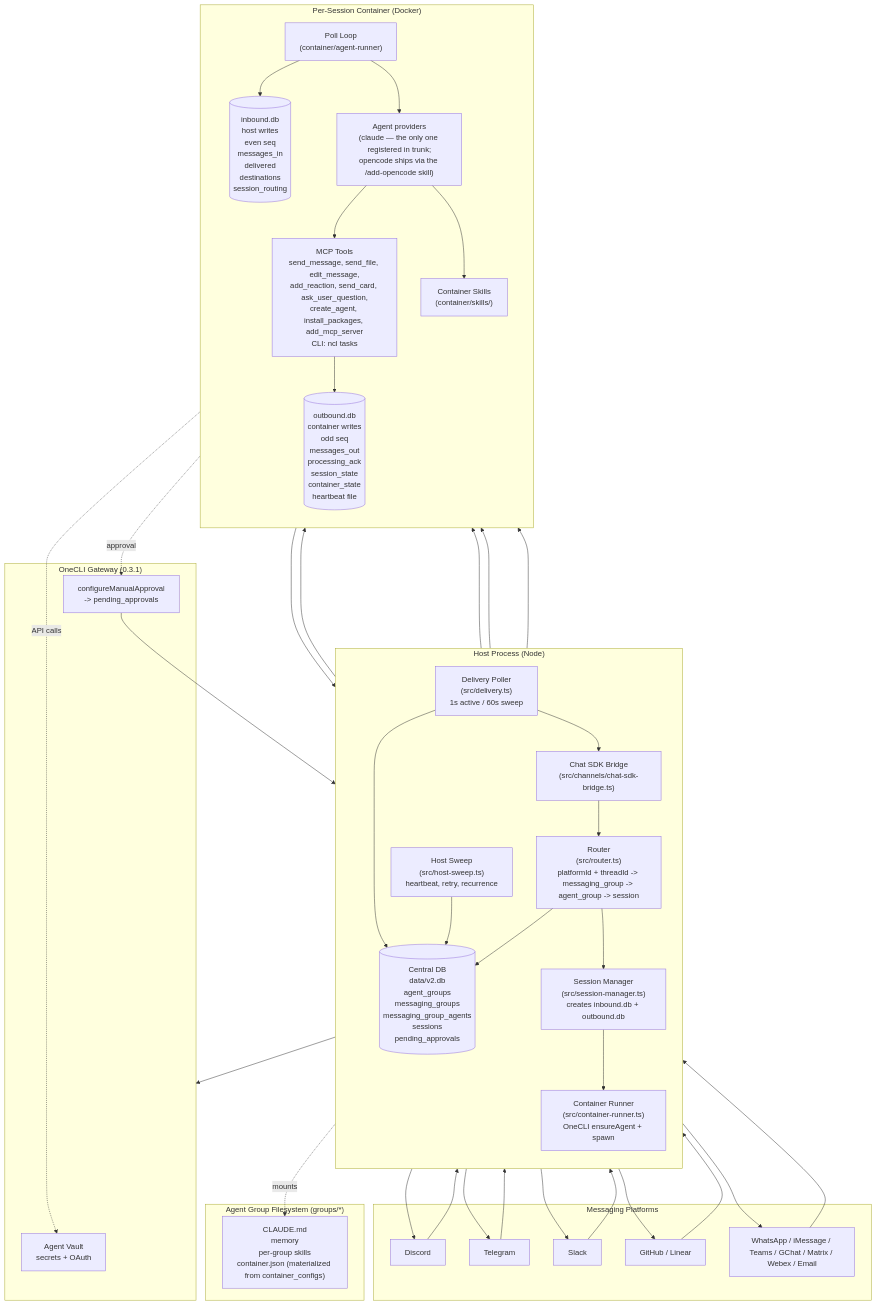
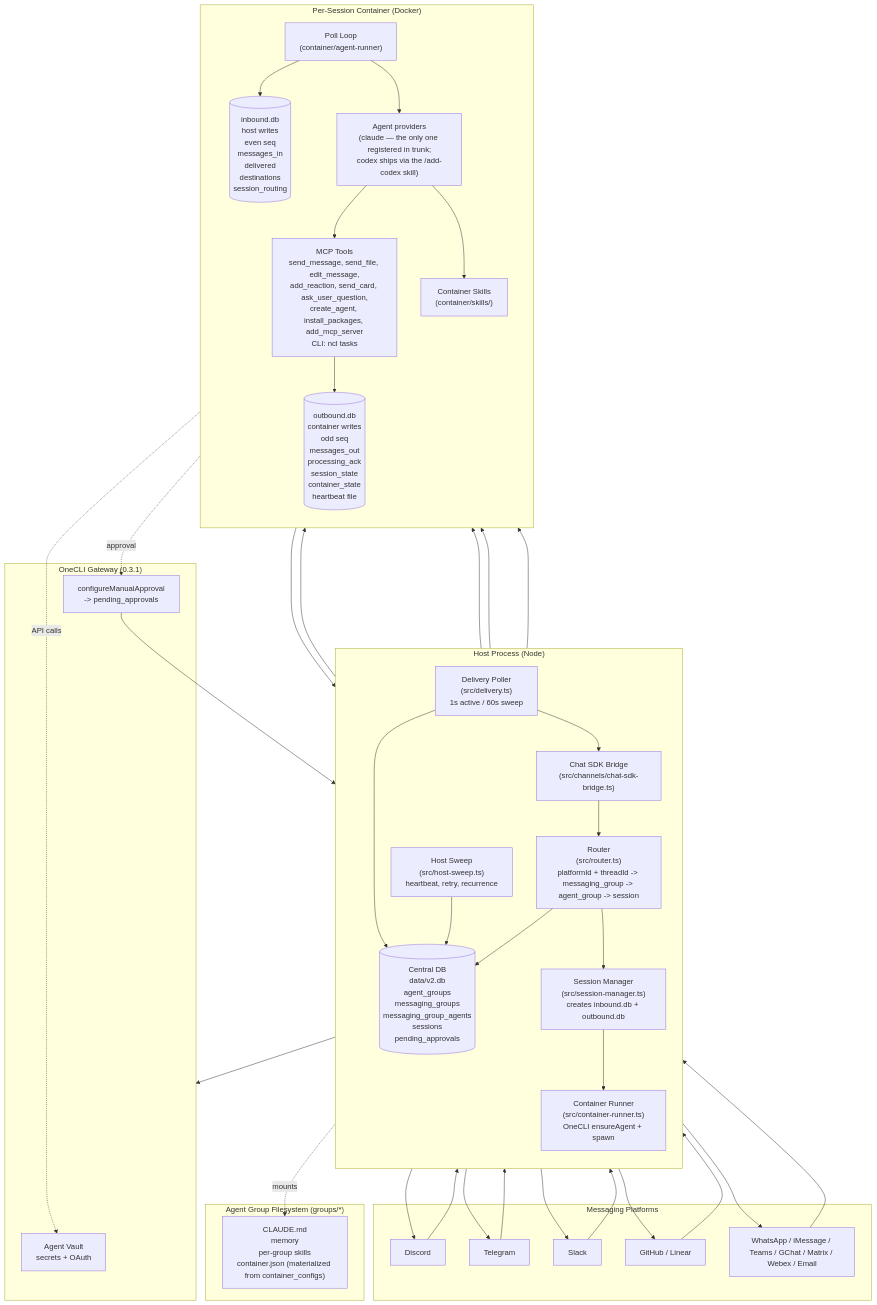
Before and after one commit to javexed/nanoclaw: the first of 5 diagrams in docs/architecture-diagram.md, drawn with Mermaid. The commit also changed 77 other files, not shown here.

````diff
--- a/docs/architecture-diagram.md
+++ b/docs/architecture-diagram.md
@@ -5,65 +5,65 @@
 ```mermaid
 flowchart TB
   subgraph Platforms["Messaging Platforms"]
     P1[Discord]
     P2[Telegram]
     P3[Slack]
     P4[GitHub / Linear]
     P5[WhatsApp / iMessage / Teams / GChat / Matrix / Webex / Email]
   end
 
   subgraph Host["Host Process (Node)"]
     direction TB
     Bridge["Chat SDK Bridge<br/>(src/channels/chat-sdk-bridge.ts)"]
     Router["Router<br/>(src/router.ts)<br/>platformId + threadId -> messaging_group -> agent_group -> session"]
     SessMgr["Session Manager<br/>(src/session-manager.ts)<br/>creates inbound.db + outbound.db"]
     Runner["Container Runner<br/>(src/container-runner.ts)<br/>OneCLI ensureAgent + spawn"]
     Delivery["Delivery Poller<br/>(src/delivery.ts)<br/>1s active / 60s sweep"]
     Sweep["Host Sweep<br/>(src/host-sweep.ts)<br/>heartbeat, retry, recurrence"]
     Central[("Central DB<br/>data/v2.db<br/>agent_groups<br/>messaging_groups<br/>messaging_group_agents<br/>sessions<br/>pending_approvals")]
   end
 
   subgraph OneCLI["OneCLI Gateway (0.3.1)"]
     Vault["Agent Vault<br/>secrets + OAuth"]
     Approvals["configureManualApproval<br/>-> pending_approvals"]
   end
 
   subgraph Session["Per-Session Container (Docker)"]
     direction TB
     PollLoop["Poll Loop<br/>(container/agent-runner)"]
-    Provider["Agent providers<br/>(claude — the only one registered in trunk;<br/>opencode ships via the /add-opencode skill)"]
+    Provider["Agent providers<br/>(claude — the only one registered in trunk;<br/>codex ships via the /add-codex skill)"]
     MCP["MCP Tools<br/>send_message, send_file, edit_message,<br/>add_reaction, send_card, ask_user_question,<br/>create_agent, install_packages, add_mcp_server<br/>CLI: ncl tasks"]
     Skills["Container Skills<br/>(container/skills/)"]
     InDB[("inbound.db<br/>host writes<br/>even seq<br/>messages_in<br/>delivered<br/>destinations<br/>session_routing")]
     OutDB[("outbound.db<br/>container writes<br/>odd seq<br/>messages_out<br/>processing_ack<br/>session_state<br/>container_state<br/>heartbeat file")]
   end
 
   subgraph Groups["Agent Group Filesystem (groups/*)"]
     Folder["CLAUDE.md<br/>memory<br/>per-group skills<br/>container.json (materialized from container_configs)"]
   end
 
   P1 & P2 & P3 & P4 & P5 --> Bridge
   Bridge --> Router
   Router --> Central
   Router --> SessMgr
   SessMgr --> InDB
   SessMgr --> Runner
   Runner --> OneCLI
   Runner --> PollLoop
   PollLoop --> InDB
   PollLoop --> Provider
   Provider --> MCP
   Provider --> Skills
   MCP --> OutDB
   OutDB --> Delivery
   Delivery --> Central
   Delivery --> Bridge
   Bridge --> P1 & P2 & P3 & P4 & P5
   Sweep --> InDB
   Sweep --> OutDB
   Sweep --> Central
   Runner -.mounts.-> Folder
   MCP -.approval.-> Approvals
   Approvals --> Central
   Provider -.API calls.-> Vault
 ```
````
